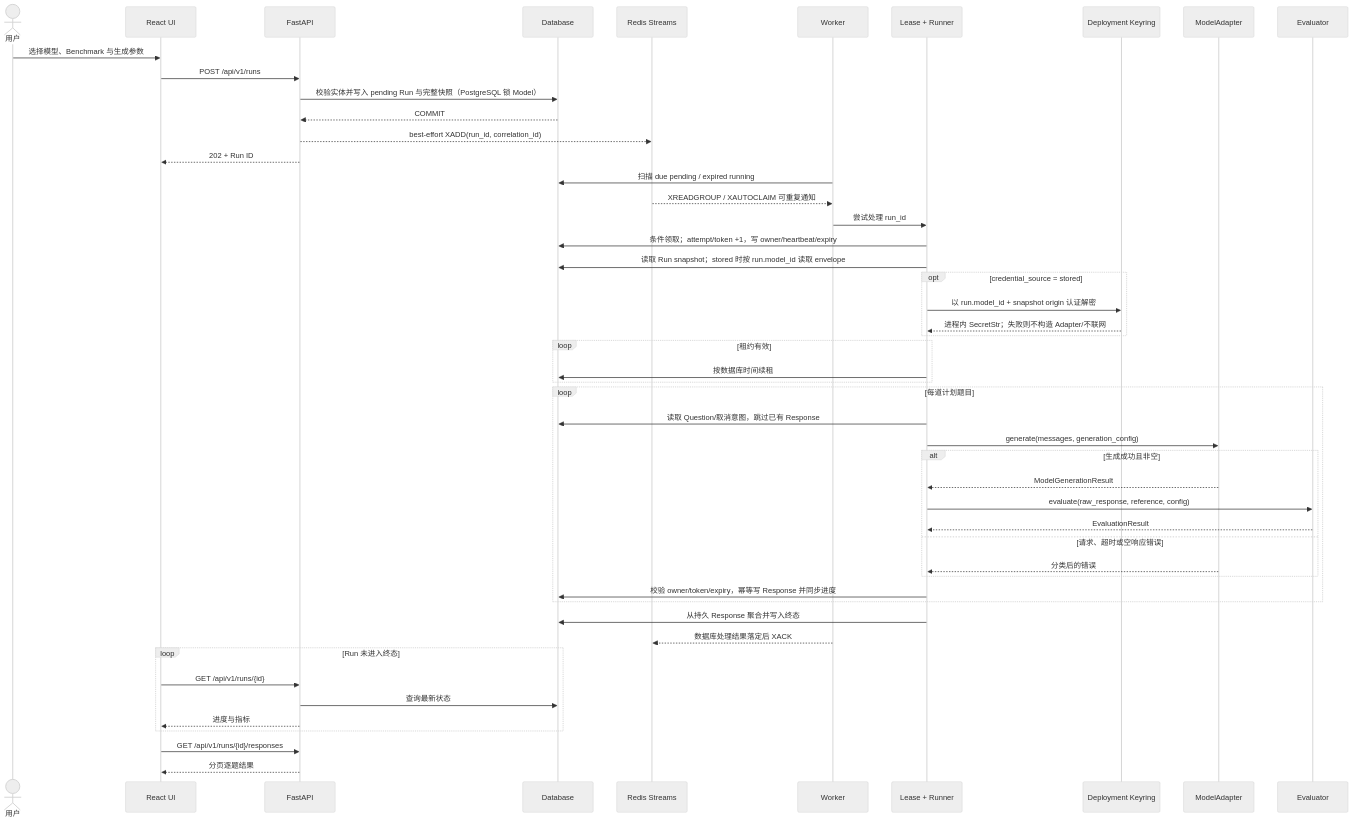
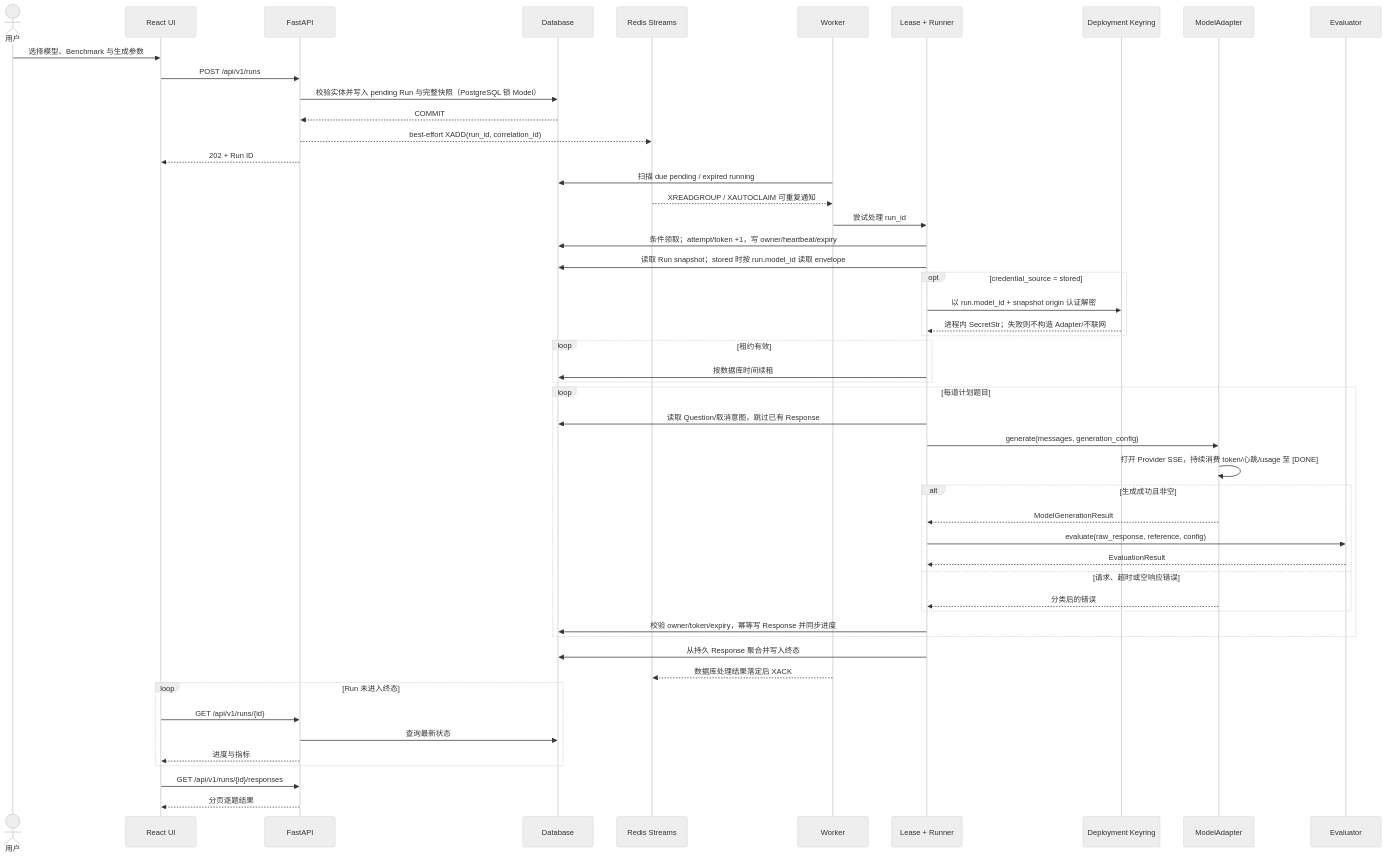
Before and after one commit to CWNU-Open-Source-Community/LLMBenchLab: the third of 7 diagrams in docs/ARCHITECTURE.md, drawn with Mermaid (neutral theme). The commit also changed other lines of this file and 19 other files, not shown here.

````diff
--- a/docs/ARCHITECTURE.md
+++ b/docs/ARCHITECTURE.md
@@ -167,53 +167,54 @@
 ```mermaid
 sequenceDiagram
     actor U as 用户
     participant W as React UI
     participant A as FastAPI
     participant D as Database
     participant Q as Redis Streams
     participant K as Worker
     participant R as Lease + Runner
     participant C as Deployment Keyring
     participant M as ModelAdapter
     participant E as Evaluator
 
     U->>W: 选择模型、Benchmark 与生成参数
     W->>A: POST /api/v1/runs
     A->>D: 校验实体并写入 pending Run 与完整快照（PostgreSQL 锁 Model）
     D-->>A: COMMIT
     A-->>Q: best-effort XADD(run_id, correlation_id)
     A-->>W: 202 + Run ID
     K->>D: 扫描 due pending / expired running
     Q-->>K: XREADGROUP / XAUTOCLAIM 可重复通知
     K->>R: 尝试处理 run_id
     R->>D: 条件领取；attempt/token +1，写 owner/heartbeat/expiry
     R->>D: 读取 Run snapshot；stored 时按 run.model_id 读取 envelope
     opt credential_source = stored
         R->>C: 以 run.model_id + snapshot origin 认证解密
         C-->>R: 进程内 SecretStr；失败则不构造 Adapter/不联网
     end
     loop 租约有效
         R->>D: 按数据库时间续租
     end
     loop 每道计划题目
         R->>D: 读取 Question/取消意图，跳过已有 Response
         R->>M: generate(messages, generation_config)
+        M->>M: 打开 Provider SSE，持续消费 token/心跳/usage 至 [DONE]
         alt 生成成功且非空
             M-->>R: ModelGenerationResult
             R->>E: evaluate(raw_response, reference, config)
             E-->>R: EvaluationResult
         else 请求、超时或空响应错误
             M-->>R: 分类后的错误
         end
         R->>D: 校验 owner/token/expiry，幂等写 Response 并同步进度
     end
     R->>D: 从持久 Response 聚合并写入终态
     K-->>Q: 数据库处理结果落定后 XACK
     loop Run 未进入终态
         W->>A: GET /api/v1/runs/{id}
         A->>D: 查询最新状态
         A-->>W: 进度与指标
     end
     W->>A: GET /api/v1/runs/{id}/responses
     A-->>W: 分页逐题结果
 ```
````
